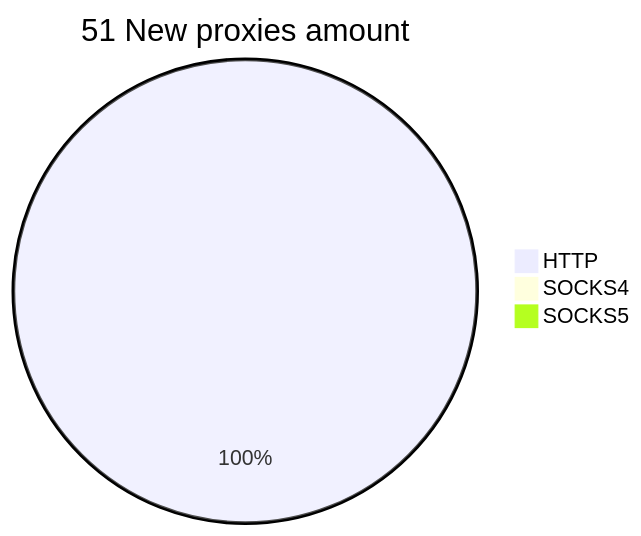
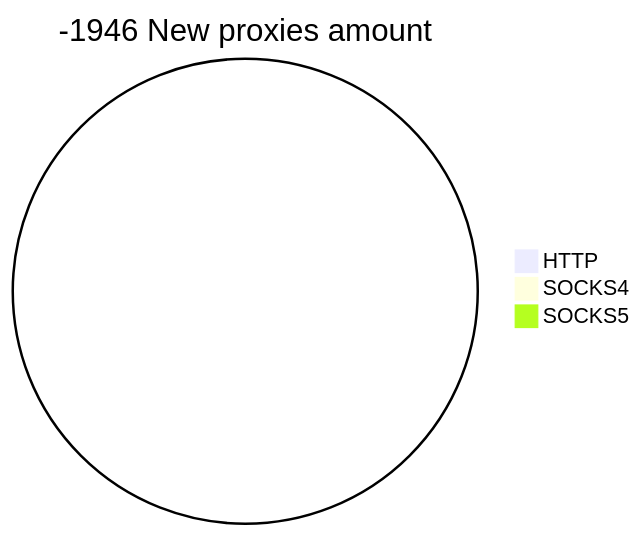
One commit to cutipu/proxylist changed the second of 2 diagrams in README.md. Above: the diagram before and after it, drawn with Mermaid. The commit also changed other lines of this file, not shown here.

````diff
--- a/README.md
+++ b/README.md
@@ -10,6 +10,6 @@
 ```mermaid
-pie title 51 New proxies amount
-    "HTTP" : 51
+pie title -1946 New proxies amount
+    "HTTP" : 0
     "SOCKS4" : 0
     "SOCKS5" : 0
 ```
````
